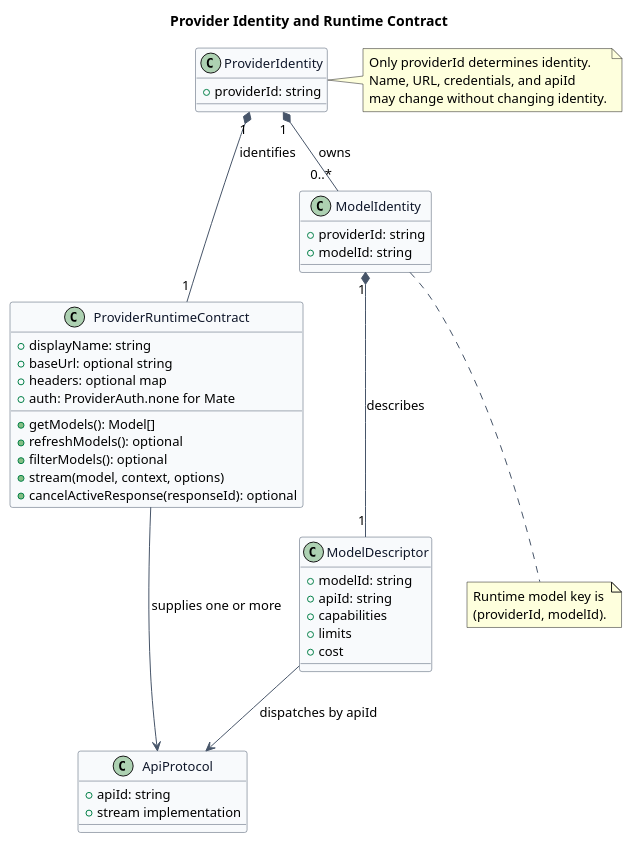
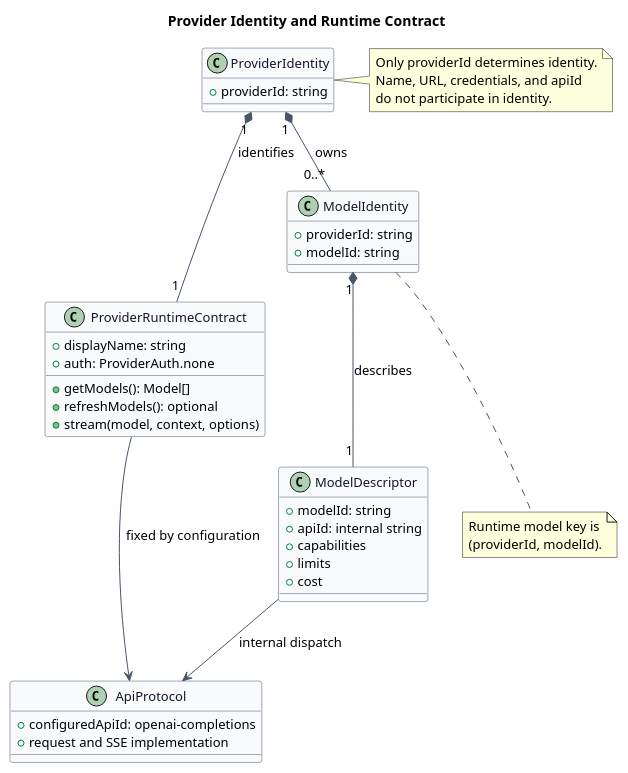
The first of 5 diagrams in model-manager-provider-contract/diagram.puml (ssm0808/pi-mono-java-design), drawn with PlantUML before and after one commit. The commit also changed other lines of this file and 13 other files, not shown here.

Commit message:
docs(model-manager): redesign Mate chat provider contract

```diff
--- a/model-manager-provider-contract/diagram.puml
+++ b/model-manager-provider-contract/diagram.puml
@@ -1,71 +1,67 @@
 @startuml provider_identity_model
 title Provider Identity and Runtime Contract
 
 ' Source evidence:
-' pi-mono packages/ai/src/models.ts: Provider (lines 88-149), MutableModels (lines 225-230), createProvider (lines 739-862)
-' pi-mono packages/ai/src/types.ts: ProviderId (lines 35-76), Model (lines 820-850)
+' pi-mono packages/ai/src/models.ts: Provider, MutableModels, ModelsImpl, and createProvider
+' pi-mono packages/ai/src/types.ts: ProviderId, Model, SimpleStreamOptions, and ToolChoice
 ' Observed behavior: provider.id is the registry key and Model.provider selects the owning provider.
-' Design reason: identity, protocol dispatch, model identity, and mutable connection data must remain separate.
+' Design reason: provider identity, protocol dispatch, model identity, and connection configuration remain separate.
 
 skinparam backgroundColor #FFFFFF
 skinparam shadowing false
 skinparam defaultFontName Arial
 skinparam defaultFontSize 13
 skinparam class {
   BackgroundColor #F8FAFC
   BorderColor #475569
   FontColor #0F172A
   ArrowColor #475569
 }
 
 class ProviderIdentity {
   +providerId: string
 }
 
 class ProviderRuntimeContract {
   +displayName: string
-  +baseUrl: optional string
-  +headers: optional map
-  +auth: ProviderAuth.none for Mate
+  +auth: ProviderAuth.none
   +getModels(): Model[]
   +refreshModels(): optional
-  +filterModels(): optional
   +stream(model, context, options)
-  +cancelActiveResponse(responseId): optional
 }
 
 class ModelIdentity {
   +providerId: string
   +modelId: string
 }
 
 class ModelDescriptor {
   +modelId: string
-  +apiId: string
+  +apiId: internal string
   +capabilities
   +limits
   +cost
 }
 
 class ApiProtocol {
-  +apiId: string
-  +stream implementation
+  +configuredApiId: openai-completions
+  +request and SSE implementation
 }
 
 ProviderIdentity "1" *-- "1" ProviderRuntimeContract : identifies
 ProviderIdentity "1" *-- "0..*" ModelIdentity : owns
 ModelIdentity "1" *-- "1" ModelDescriptor : describes
-ModelDescriptor --> ApiProtocol : dispatches by apiId
-ProviderRuntimeContract --> ApiProtocol : supplies one or more
+ModelDescriptor --> ApiProtocol : internal dispatch
+ProviderRuntimeContract --> ApiProtocol : fixed by configuration
 
 note right of ProviderIdentity
 Only providerId determines identity.
 Name, URL, credentials, and apiId
-may change without changing identity.
+do not participate in identity.
 end note
 
 note bottom of ModelIdentity
 Runtime model key is
 (providerId, modelId).
 end note
 @enduml
```
